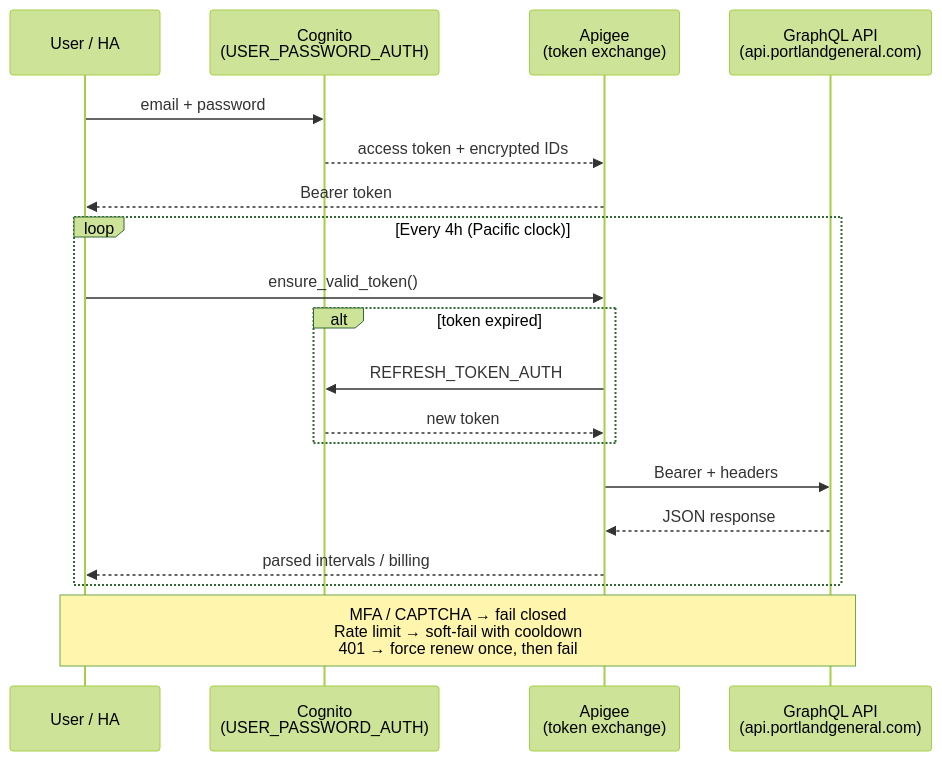
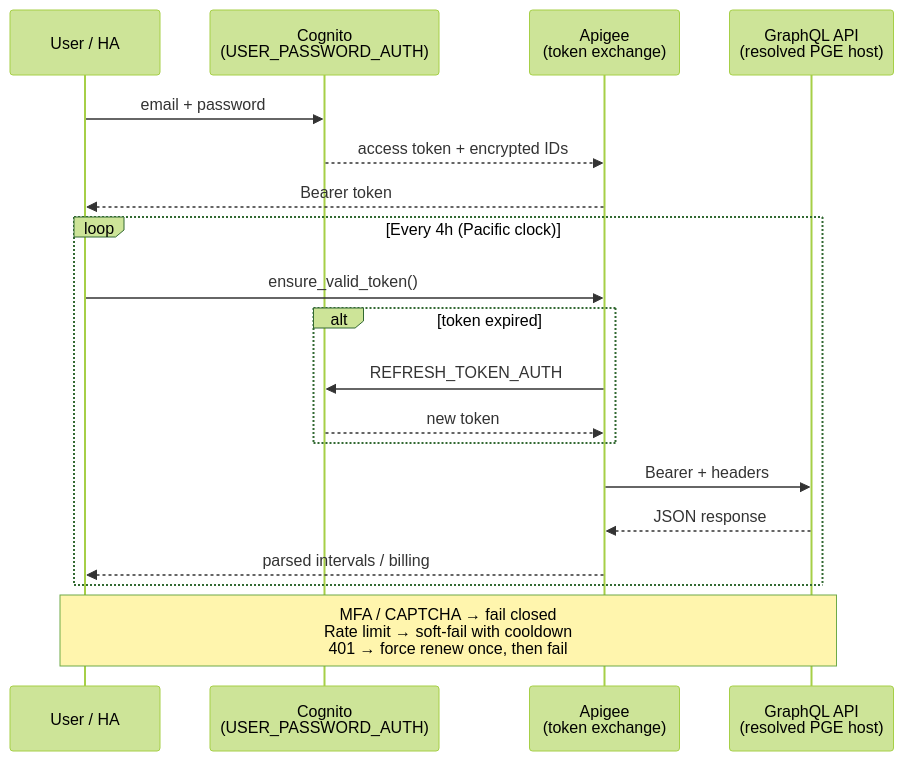
The first of 3 diagrams in README.md (spencerthayer/homeassistant-pge), drawn with Mermaid (forest theme) before and after one commit. The commit also changed other lines of this file and 34 other files, not shown here.

First line of the commit message:
Fail over to a live PGE API host when the gateway moves.

````diff
--- a/README.md
+++ b/README.md
@@ -91,24 +91,24 @@
 ```mermaid
 sequenceDiagram
     participant U as User / HA
     participant C as Cognito<br/>(USER_PASSWORD_AUTH)
     participant A as Apigee<br/>(token exchange)
-    participant G as GraphQL API<br/>(api.portlandgeneral.com)
+    participant G as GraphQL API<br/>(resolved PGE host)
 
     U->>C: email + password
     C-->>A: access token + encrypted IDs
     A-->>U: Bearer token
 
     loop Every 4h (Pacific clock)
         U->>A: ensure_valid_token()
         alt token expired
             A->>C: REFRESH_TOKEN_AUTH
             C-->>A: new token
         end
         A->>G: Bearer + headers
         G-->>A: JSON response
         A-->>U: parsed intervals / billing
     end
 
     Note over U,G: MFA / CAPTCHA → fail closed<br/>Rate limit → soft-fail with cooldown<br/>401 → force renew once, then fail
 ```
````
